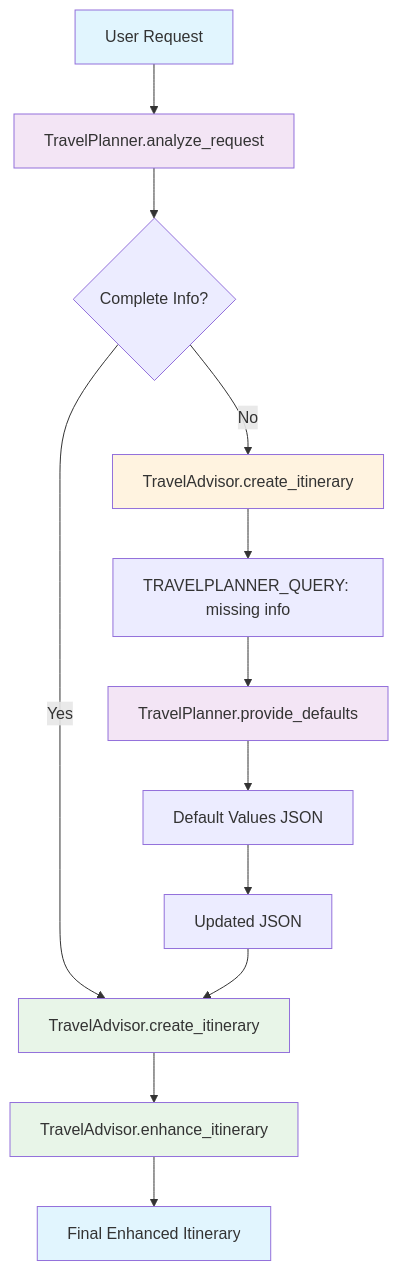
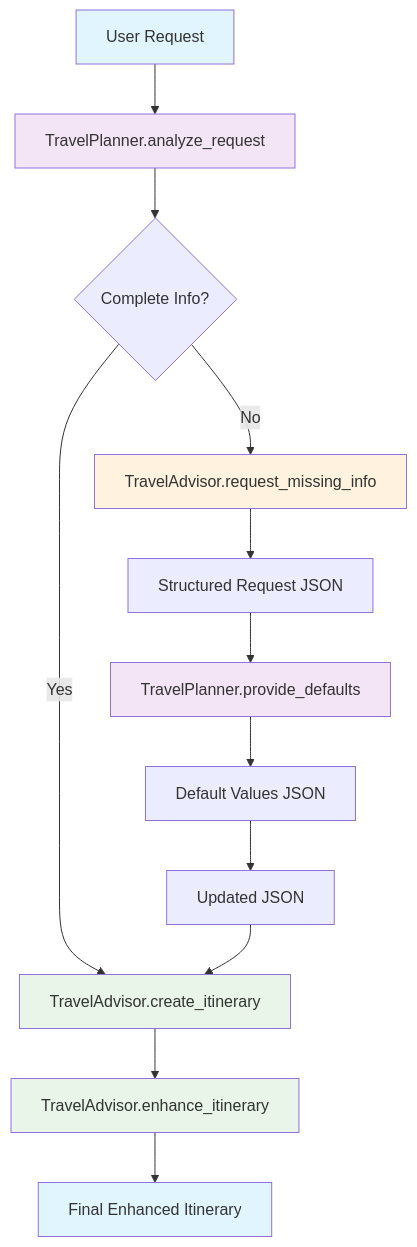
Before and after one commit to iamask/multi-agent-travel-planner: the first of 2 diagrams in README_PLUGINS.md, drawn with Mermaid. The commit also changed other lines of this file and 1 other file, not shown here.

````diff
--- a/README_PLUGINS.md
+++ b/README_PLUGINS.md
@@ -50,22 +53,22 @@
 ```mermaid
 graph TD
     A[User Request] --> B[TravelPlanner.analyze_request]
     B --> C{Complete Info?}
     C -->|Yes| D[TravelAdvisor.create_itinerary]
-    C -->|No| E[TravelAdvisor.create_itinerary]
-    E --> F[TRAVELPLANNER_QUERY: missing info]
+    C -->|No| E[TravelAdvisor.request_missing_info]
+    E --> F[Structured Request JSON]
     F --> G[TravelPlanner.provide_defaults]
     G --> H[Default Values JSON]
     H --> I[Updated JSON]
     I --> D
     D --> J[TravelAdvisor.enhance_itinerary]
     J --> K[Final Enhanced Itinerary]
 
     style A fill:#e1f5fe
     style B fill:#f3e5f5
     style E fill:#fff3e0
     style G fill:#f3e5f5
     style D fill:#e8f5e8
     style J fill:#e8f5e8
     style K fill:#e1f5fe
 ```
````
